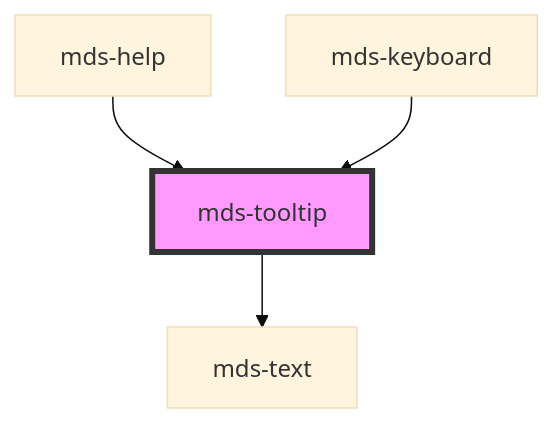
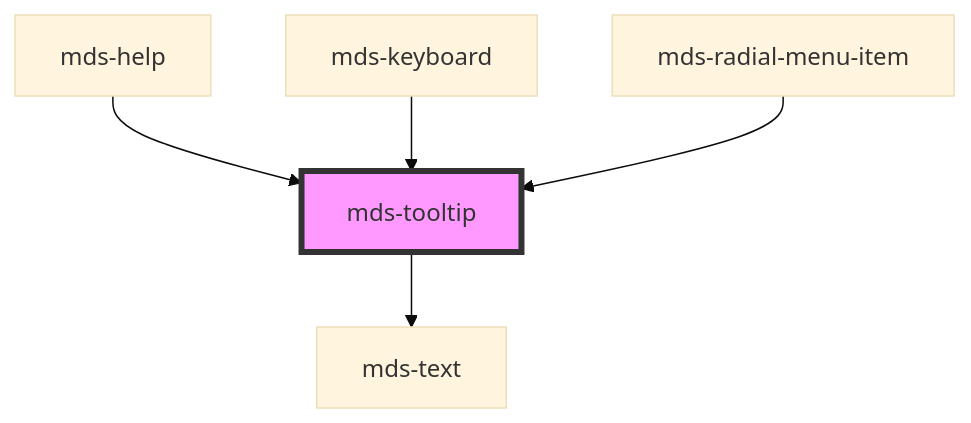
The diagram in projects/stencil/src/components/mds-tooltip/readme.md (magma-design-system/magma), drawn with Mermaid (base theme) before and after one commit. The commit also changed other lines of this file and 101 other files, not shown here.

````diff
--- a/projects/stencil/src/components/mds-tooltip/readme.md
+++ b/projects/stencil/src/components/mds-tooltip/readme.md
@@ -81,7 +82,8 @@
 ```mermaid
 graph TD;
   mds-tooltip --> mds-text
   mds-help --> mds-tooltip
   mds-keyboard --> mds-tooltip
+  mds-radial-menu-item --> mds-tooltip
   style mds-tooltip fill:#f9f,stroke:#333,stroke-width:4px
 ```
````
